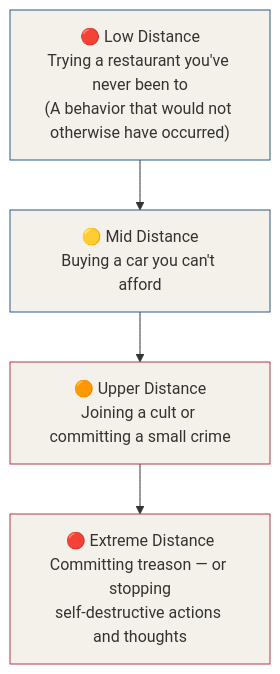
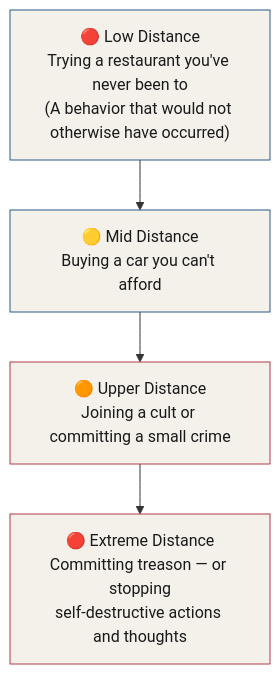
The first of 3 diagrams in chapters/chapter-03.md (Joshi004/book-read), drawn with Mermaid before and after one commit. The commit also changed 7 other files, not shown here.

First line of the commit message:
Enhance Mermaid diagram styles for dark mode compatibility across chapters

````diff
--- a/chapters/chapter-03.md
+++ b/chapters/chapter-03.md
@@ -55,14 +55,14 @@
 ```mermaid
 flowchart TD
     A["🔴 Low Distance\nTrying a restaurant you've never been to\n(A behavior that would not otherwise have occurred)"]
     B["🟡 Mid Distance\nBuying a car you can't afford"]
     C["🟠 Upper Distance\nJoining a cult or committing a small crime"]
     D["🔴 Extreme Distance\nCommitting treason — or stopping\nself-destructive actions and thoughts"]
 
     A --> B --> C --> D
 
-    style A fill:#F4F1EA,stroke:#2E5A87
-    style B fill:#F4F1EA,stroke:#2E5A87
-    style C fill:#F4F1EA,stroke:#B23A48
-    style D fill:#F4F1EA,stroke:#B23A48
+    style A fill:#F4F1EA,stroke:#2E5A87,color:#1A1A1A
+    style B fill:#F4F1EA,stroke:#2E5A87,color:#1A1A1A
+    style C fill:#F4F1EA,stroke:#B23A48,color:#1A1A1A
+    style D fill:#F4F1EA,stroke:#B23A48,color:#1A1A1A
 ```
````
